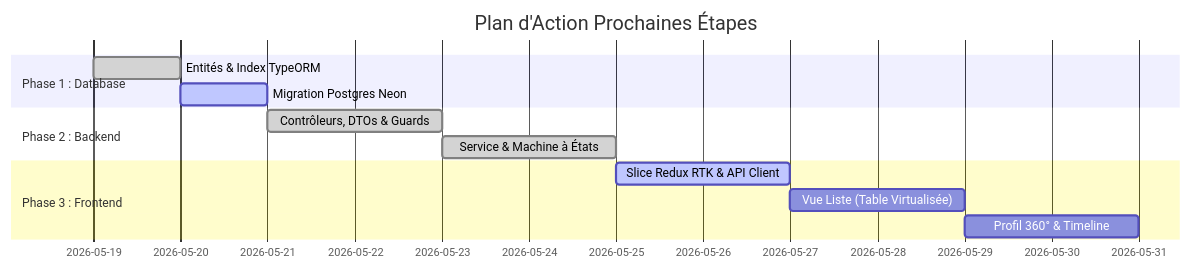
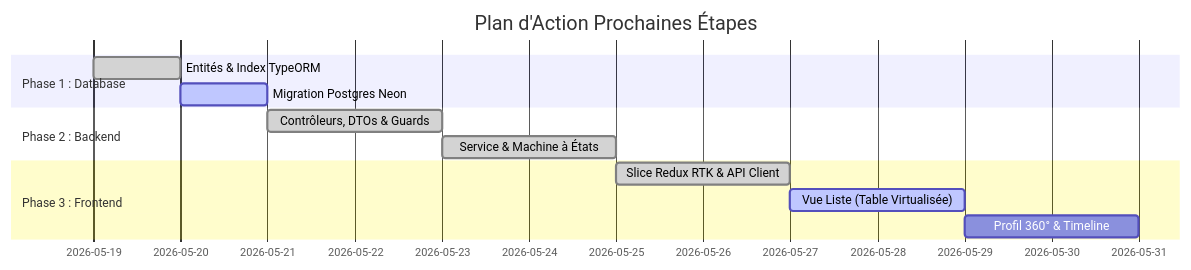
The diagram in development_tracker.md (Lontsi-Hernandez/SIRH), drawn with Mermaid before and after one commit. The commit also changed other lines of this file and 1 other file, not shown here.

Commit message:
feat: integrate onboard and offboard async thunks and align status types in employeeSlice

````diff
--- a/development_tracker.md
+++ b/development_tracker.md
@@ -47,15 +47,15 @@
 ```mermaid
 gantt
     title Plan d'Action Prochaines Étapes
     dateFormat  YYYY-MM-DD
     section Phase 1 : Database
     Entités & Index TypeORM         :done, db1, 2026-05-19, 1d
     Migration Postgres Neon          :active, db2, after db1, 1d
     section Phase 2 : Backend
     Contrôleurs, DTOs & Guards      :done, be1, after db2, 2d
     Service & Machine à États       :done, be2, after be1, 2d
     section Phase 3 : Frontend
-    Slice Redux RTK & API Client    :active, fe1, after be2, 2d
-    Vue Liste (Table Virtualisée)   :fe2, after fe1, 2d
+    Slice Redux RTK & API Client    :done, fe1, after be2, 2d
+    Vue Liste (Table Virtualisée)   :active, fe2, after fe1, 2d
     Profil 360° & Timeline          :fe3, after fe2, 2d
 ```
````
